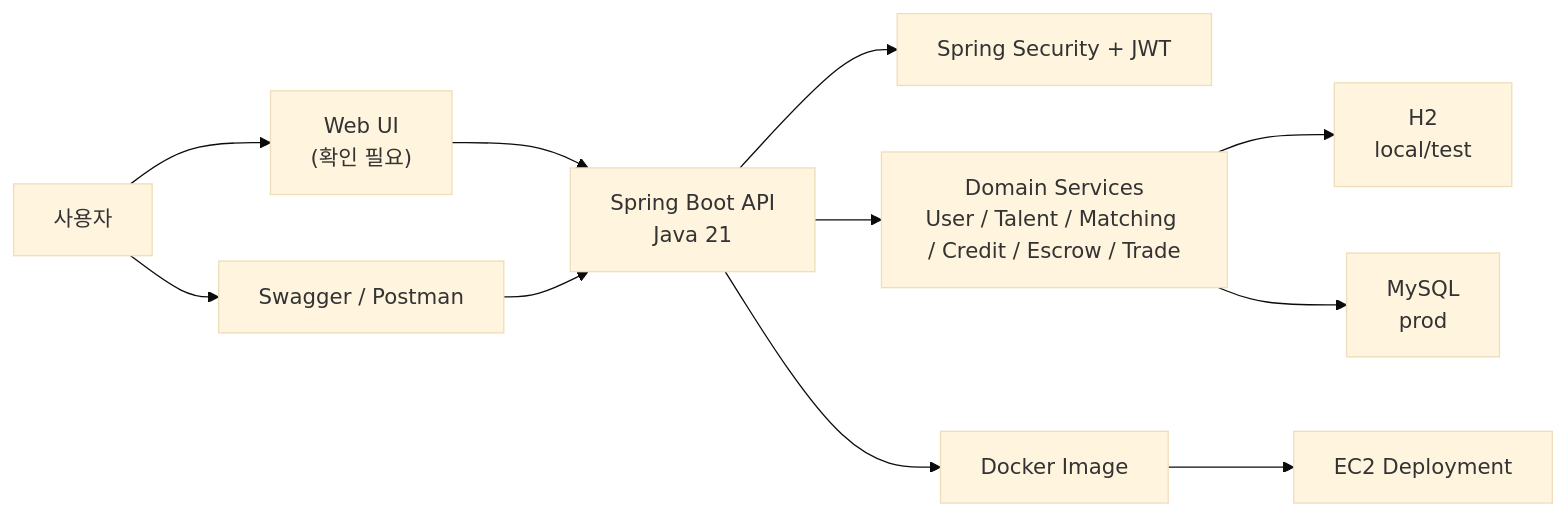
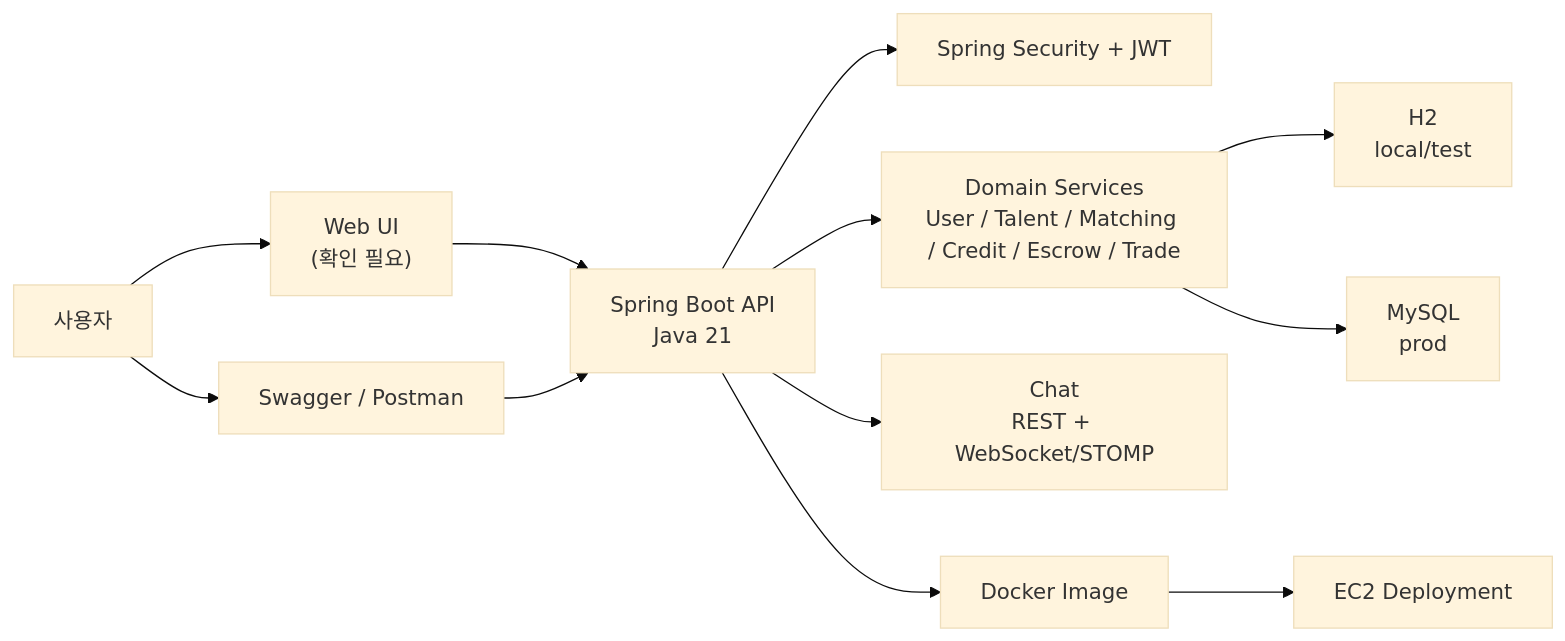
Before and after one commit to prgrms-be-devcourse/NBE9-11-final-Team03: the first of 4 diagrams in docs/final/architecture/system-architecture.md, drawn with Mermaid (base theme). The commit also changed other lines of this file and 15 other files, not shown here.

````diff
--- a/docs/final/architecture/system-architecture.md
+++ b/docs/final/architecture/system-architecture.md
@@ -25,24 +26,26 @@
 ```mermaid
 flowchart LR
     User["사용자"]
     Swagger["Swagger / Postman"]
     UI["Web UI<br/>(확인 필요)"]
     API["Spring Boot API<br/>Java 21"]
     Security["Spring Security + JWT"]
     Domain["Domain Services<br/>User / Talent / Matching / Credit / Escrow / Trade"]
+    Chat["Chat<br/>REST + WebSocket/STOMP"]
     DBLocal["H2<br/>local/test"]
     DBProd["MySQL<br/>prod"]
     Docker["Docker Image"]
     EC2["EC2 Deployment"]
 
     User --> UI
     User --> Swagger
     UI --> API
     Swagger --> API
     API --> Security
     API --> Domain
+    API --> Chat
     Domain --> DBLocal
     Domain --> DBProd
     API --> Docker
     Docker --> EC2
 ```
````
